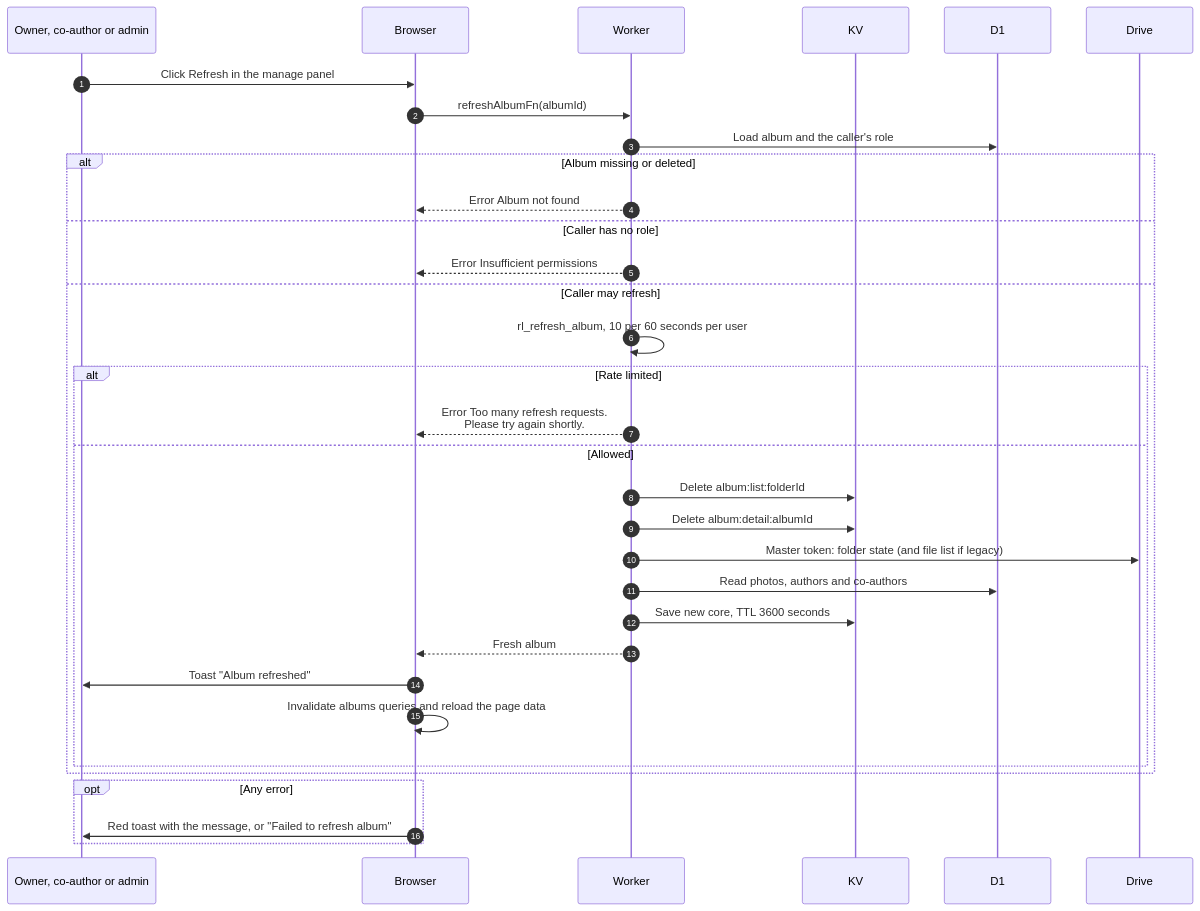
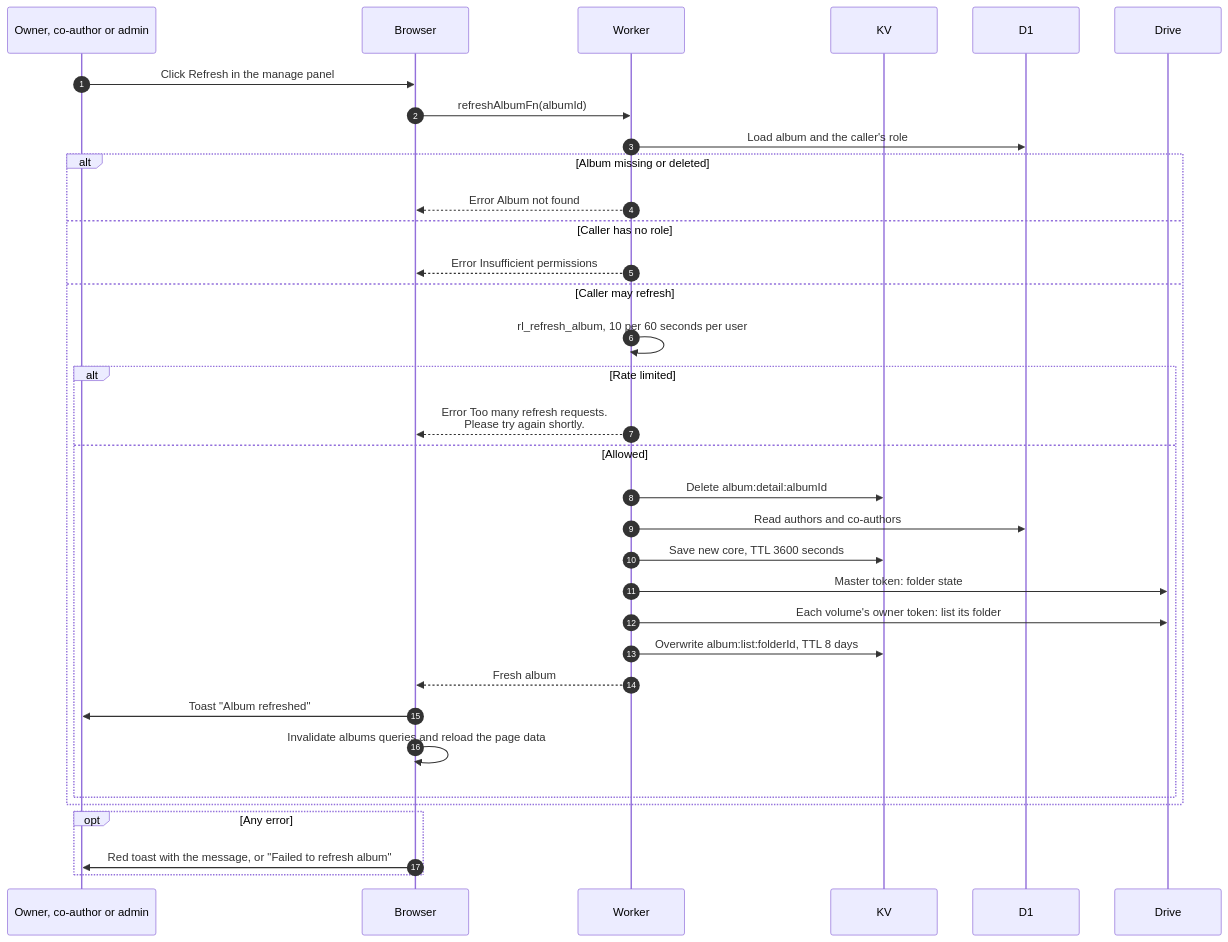
One commit to sagyzdop/meriksirat changed the diagram in docs/scenarios/albums/refresh-album.md. Above: the diagram before and after it, drawn with Mermaid. The commit also changed other lines of this file and 26 other files, not shown here.

First line of the commit message:
feat(albums): album pages read from cached Drive listings

````diff
--- a/docs/scenarios/albums/refresh-album.md
+++ b/docs/scenarios/albums/refresh-album.md
@@ -13,35 +13,36 @@
 ```mermaid
 sequenceDiagram
     autonumber
     participant M as Owner, co-author or admin
     participant B as Browser
     participant W as Worker
     participant K as KV
     participant D as D1
     participant G as Drive
     M->>B: Click Refresh in the manage panel
     B->>W: refreshAlbumFn(albumId)
     W->>D: Load album and the caller's role
     alt Album missing or deleted
         W-->>B: Error Album not found
     else Caller has no role
         W-->>B: Error Insufficient permissions
     else Caller may refresh
         W->>W: rl_refresh_album, 10 per 60 seconds per user
         alt Rate limited
             W-->>B: Error Too many refresh requests.<br/>Please try again shortly.
         else Allowed
-            W->>K: Delete album:list:folderId
             W->>K: Delete album:detail:albumId
-            W->>G: Master token: folder state (and file list if legacy)
-            W->>D: Read photos, authors and co-authors
+            W->>D: Read authors and co-authors
             W->>K: Save new core, TTL 3600 seconds
+            W->>G: Master token: folder state
+            W->>G: Each volume's owner token: list its folder
+            W->>K: Overwrite album:list:folderId, TTL 8 days
             W-->>B: Fresh album
             B->>M: Toast "Album refreshed"
             B->>B: Invalidate albums queries and reload the page data
         end
     end
     opt Any error
         B->>M: Red toast with the message, or "Failed to refresh album"
     end
 ```
````
